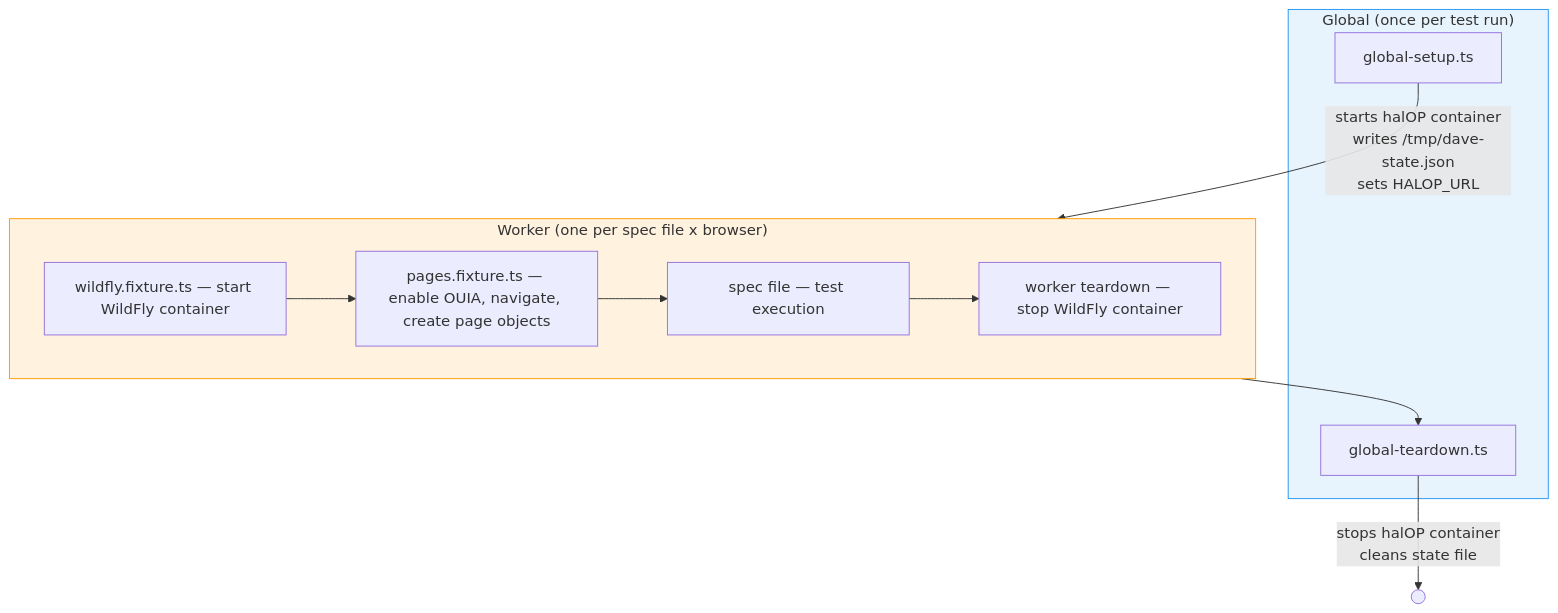
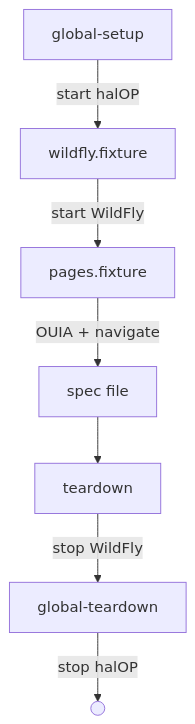
Before and after one commit to hal/dave: the first of 2 diagrams in docs/architecture.md, drawn with Mermaid. The commit also changed other lines of this file and 4 other files, not shown here.

First line of the commit message:
fix: improve Mermaid diagram readability and styling

````diff
--- a/docs/architecture.md
+++ b/docs/architecture.md
@@ -5,22 +5,9 @@
 ```mermaid
 flowchart TB
-    subgraph global["Global (once per test run)"]
-        gs["global-setup.ts"]
-        gt["global-teardown.ts"]
-    end
-
-    subgraph worker["Worker (one per spec file x browser)"]
-        wf["wildfly.fixture.ts — start WildFly container"]
-        pf["pages.fixture.ts — enable OUIA, navigate, create page objects"]
-        spec["spec file — test execution"]
-        wd["worker teardown — stop WildFly container"]
-    end
-
-    gs -->|"starts halOP container\nwrites /tmp/dave-state.json\nsets HALOP_URL"| worker
-    wf --> pf --> spec --> wd
-    worker --> gt
-    gt -->|"stops halOP container\ncleans state file"| done(( ))
-
-    style global fill:#e8f4fd,stroke:#2196f3
-    style worker fill:#fff3e0,stroke:#ff9800
+    gs["global-setup"] -->|start halOP| wf
+    wf["wildfly.fixture"] -->|start WildFly| pf["pages.fixture"]
+    pf -->|OUIA + navigate| spec["spec file"]
+    spec --> wd["teardown"]
+    wd -->|stop WildFly| gt["global-teardown"]
+    gt -->|stop halOP| done(( ))
 ```
````
